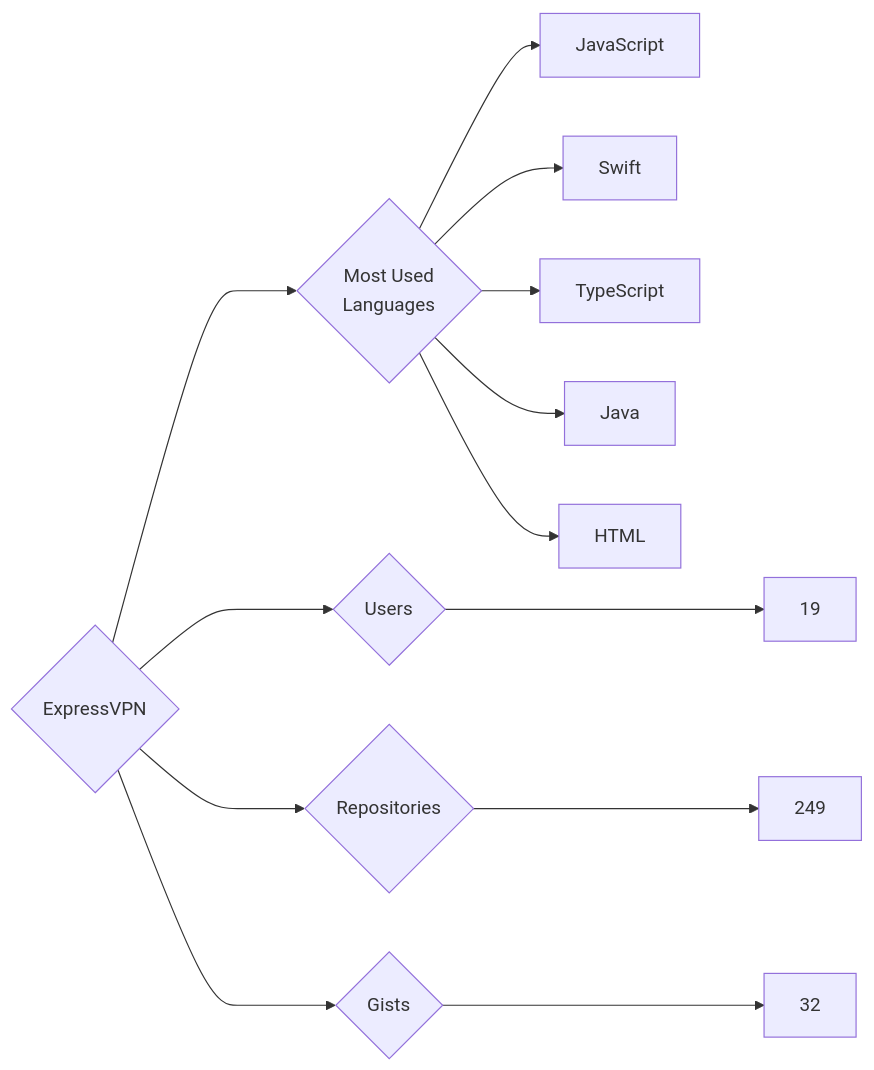
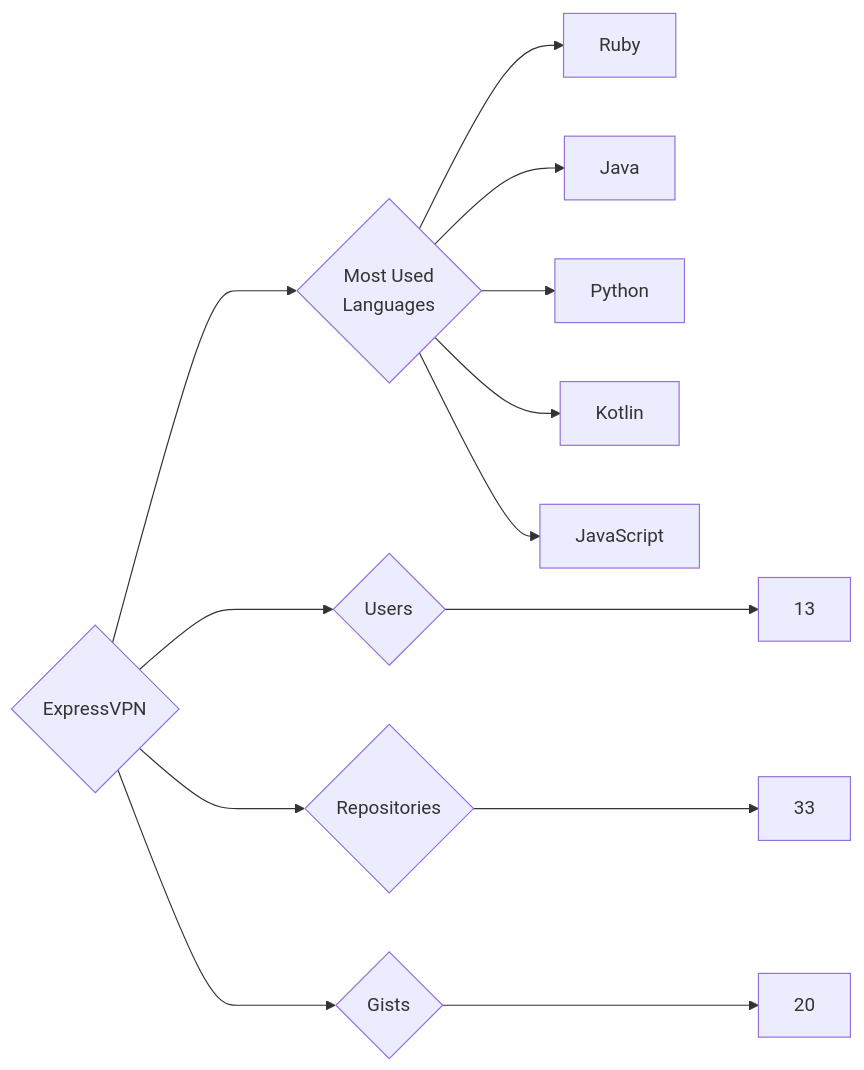
One commit to trickest/insiders changed the diagram in targets/ExpressVPN/README.md. Above: the diagram before and after it, drawn with Mermaid. The commit also changed 644 other files, not shown here.

````diff
--- a/targets/ExpressVPN/README.md
+++ b/targets/ExpressVPN/README.md
@@ -3,13 +3,13 @@
 ```mermaid
 graph LR
 COMPANY_NAME{ExpressVPN}
-COMPANY_NAME ---> U{Users} ---> UN[19]
-COMPANY_NAME ---> R{Repositories} ---> RN[249]
-COMPANY_NAME ---> G{Gists} ---> GN[32]
+COMPANY_NAME ---> U{Users} ---> UN[13]
+COMPANY_NAME ---> R{Repositories} ---> RN[33]
+COMPANY_NAME ---> G{Gists} ---> GN[20]
 COMPANY_NAME ---> ML{Most Used<br>Languages}
+ML --> Ruby[Ruby]
+ML --> Java[Java]
+ML --> Python[Python]
+ML --> Kotlin[Kotlin]
 ML --> JavaScript[JavaScript]
-ML --> Swift[Swift]
-ML --> TypeScript[TypeScript]
-ML --> Java[Java]
-ML --> HTML[HTML]
 ```
````
